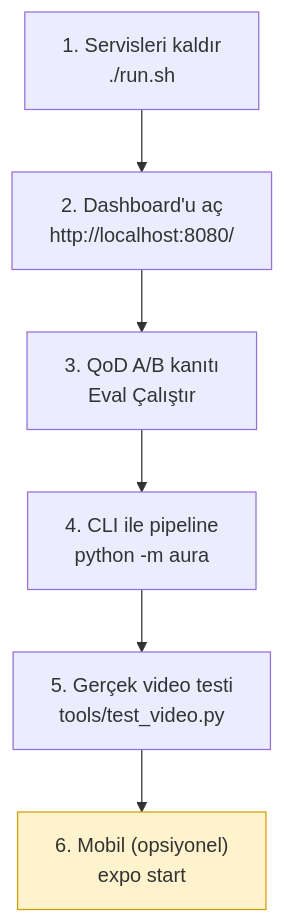
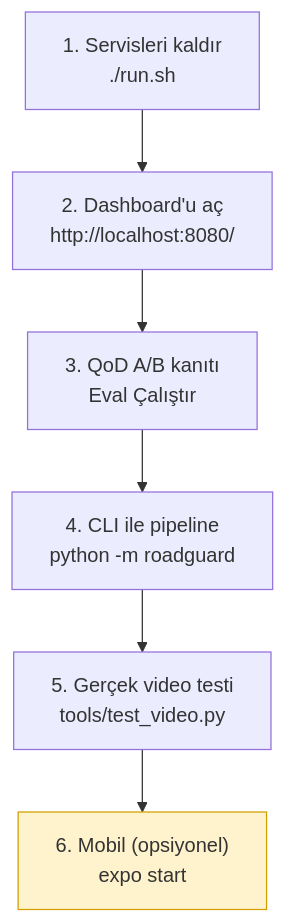
Before and after one commit to cleoanka/teknofest-prototip.v2: the diagram in docs/calistirma.md, drawn with Mermaid. The commit also changed other lines of this file and 233 other files, not shown here.

First line of the commit message:
rebrand: tam iç rename — aura → roadguard (paket + env + sınıf + alan adları)

````diff
--- a/docs/calistirma.md
+++ b/docs/calistirma.md
@@ -29,10 +29,10 @@
 ```mermaid
 flowchart TD
     A["1. Servisleri kaldır<br/>./run.sh"] --> B["2. Dashboard'u aç<br/>http://localhost:8080/"]
     B --> C["3. QoD A/B kanıtı<br/>Eval Çalıştır"]
-    C --> D["4. CLI ile pipeline<br/>python -m aura"]
+    C --> D["4. CLI ile pipeline<br/>python -m roadguard"]
     D --> E["5. Gerçek video testi<br/>tools/test_video.py"]
     E --> F["6. Mobil (opsiyonel)<br/>expo start"]
     classDef opt fill:#fff3cd,stroke:#d39e00;
     class F opt;
 ```
````
